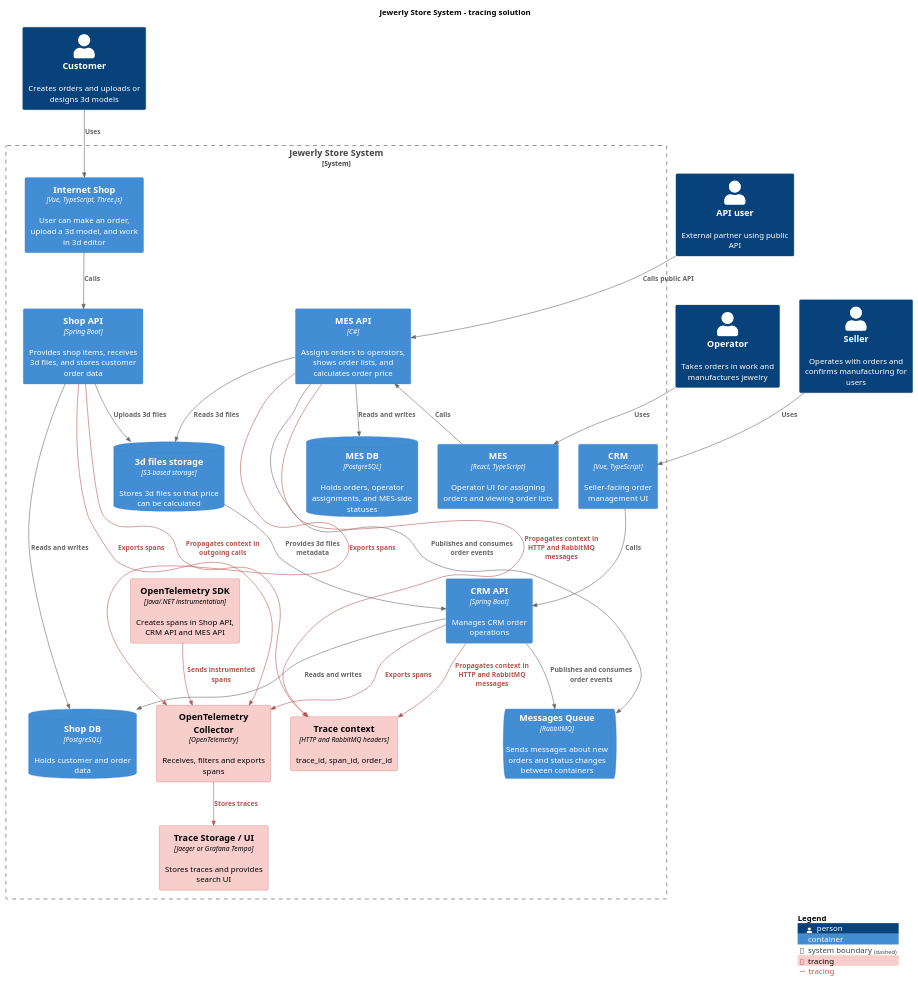
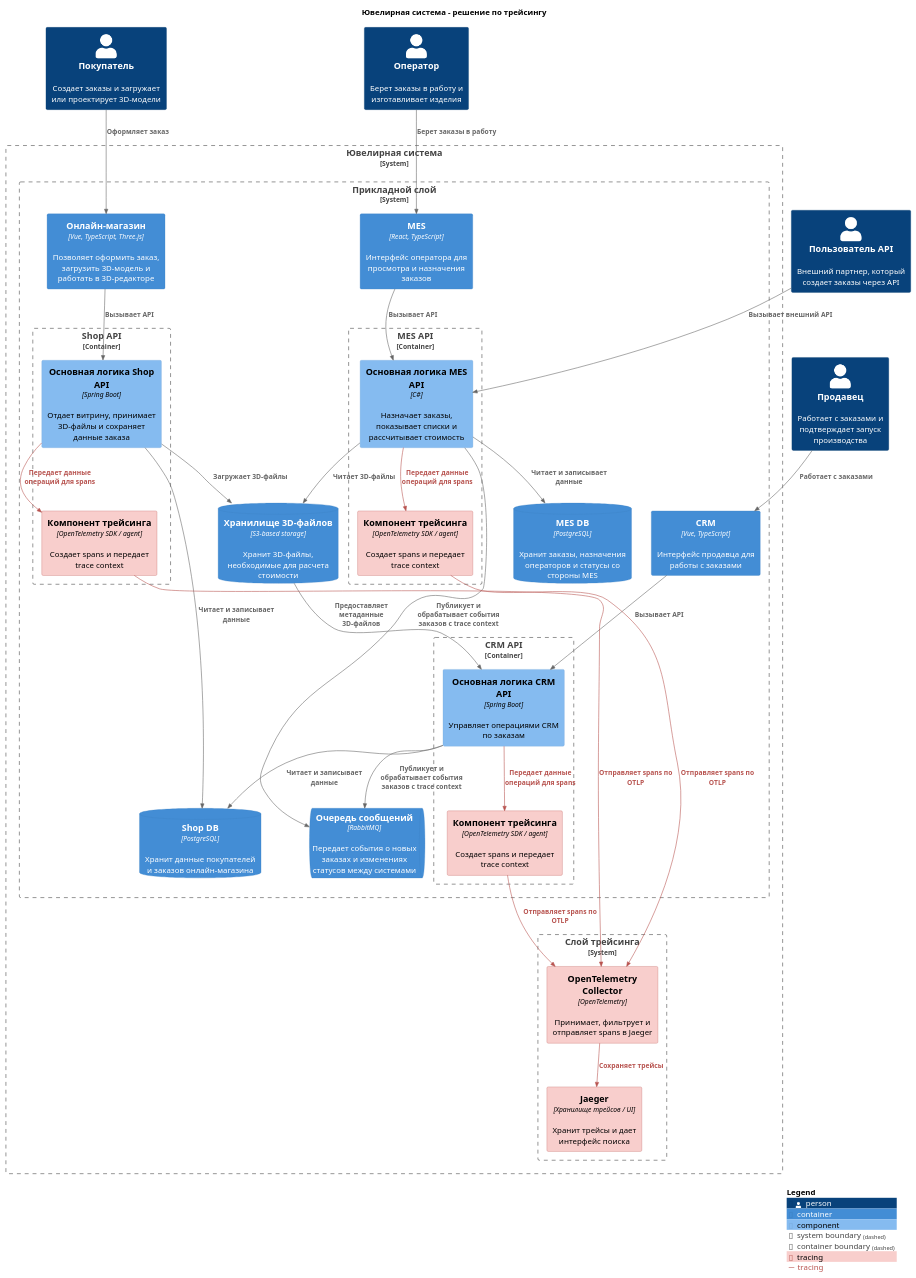
One commit to Meeluck/architecture-alexandrite changed the diagram in Task3/jewerly_c4_model_tracing_solution.puml. Above: the diagram before and after it, drawn with PlantUML. The commit also changed 7 other files, not shown here.

```diff
--- a/Task3/jewerly_c4_model_tracing_solution.puml
+++ b/Task3/jewerly_c4_model_tracing_solution.puml
@@ -1,80 +1,91 @@
 @startuml jewerly_c4_model_tracing_solution
-!include <C4/C4_Container>
+!include <C4/C4_Component>
 
-title Jewerly Store System - tracing solution
+title Ювелирная система - решение по трейсингу
 
 AddElementTag("tracing", $bgColor="#f8cecc", $borderColor="#b85450", $fontColor="#000000")
 AddRelTag("tracing", $lineColor="#b85450", $textColor="#b85450")
 
-Person(customer, "Customer", "Creates orders and uploads or designs 3d models")
-Person(seller, "Seller", "Operates with orders and confirms manufacturing for users")
-Person(operator, "Operator", "Takes orders in work and manufactures jewelry")
-Person(apiUser, "API user", "External partner using public API")
+Person(customer, "Покупатель", "Создает заказы и загружает или проектирует 3D-модели")
+Person(seller, "Продавец", "Работает с заказами и подтверждает запуск производства")
+Person(operator, "Оператор", "Берет заказы в работу и изготавливает изделия")
+Person(apiUser, "Пользователь API", "Внешний партнер, который создает заказы через API")
 
-System_Boundary(jewerlyStore, "Jewerly Store System") {
-  Container(internetShop, "Internet Shop", "Vue, TypeScript, Three.js", "User can make an order, upload a 3d model, and work in 3d editor")
-  Container(shopApi, "Shop API", "Spring Boot", "Provides shop items, receives 3d files, and stores customer order data")
-  ContainerDb(shopDb, "Shop DB", "PostgreSQL", "Holds customer and order data")
+System_Boundary(jewerlyStore, "Ювелирная система") {
+  System_Boundary(applicationLayer, "Прикладной слой") {
+    Container(internetShop, "Онлайн-магазин", "Vue, TypeScript, Three.js", "Позволяет оформить заказ, загрузить 3D-модель и работать в 3D-редакторе")
+    ContainerDb(shopDb, "Shop DB", "PostgreSQL", "Хранит данные покупателей и заказов онлайн-магазина")
 
-  Container(crm, "CRM", "Vue, TypeScript", "Seller-facing order management UI")
-  Container(crmApi, "CRM API", "Spring Boot", "Manages CRM order operations")
+    Container_Boundary(shopApiBoundary, "Shop API") {
+      Component(shopApiApp, "Основная логика Shop API", "Spring Boot", "Отдает витрину, принимает 3D-файлы и сохраняет данные заказа")
+      Component(shopApiTracing, "Компонент трейсинга", "OpenTelemetry SDK / agent", "Создает spans и передает trace context", $tags="tracing")
+    }
 
-  Container(mes, "MES", "React, TypeScript", "Operator UI for assigning orders and viewing order lists")
-  Container(mesApi, "MES API", "C#", "Assigns orders to operators, shows order lists, and calculates order price")
-  ContainerDb(mesDb, "MES DB", "PostgreSQL", "Holds orders, operator assignments, and MES-side statuses")
+    Container(crm, "CRM", "Vue, TypeScript", "Интерфейс продавца для работы с заказами")
+    Container_Boundary(crmApiBoundary, "CRM API") {
+      Component(crmApiApp, "Основная логика CRM API", "Spring Boot", "Управляет операциями CRM по заказам")
+      Component(crmApiTracing, "Компонент трейсинга", "OpenTelemetry SDK / agent", "Создает spans и передает trace context", $tags="tracing")
+    }
 
-  ContainerQueue(messagesQueue, "Messages Queue", "RabbitMQ", "Sends messages about new orders and status changes between containers")
-  ContainerDb(filesStorage, "3d files storage", "S3-based storage", "Stores 3d files so that price can be calculated")
+    Container(mes, "MES", "React, TypeScript", "Интерфейс оператора для просмотра и назначения заказов")
+    Container_Boundary(mesApiBoundary, "MES API") {
+      Component(mesApiApp, "Основная логика MES API", "C#", "Назначает заказы, показывает списки и рассчитывает стоимость")
+      Component(mesApiTracing, "Компонент трейсинга", "OpenTelemetry SDK / agent", "Создает spans и передает trace context", $tags="tracing")
+    }
+    ContainerDb(mesDb, "MES DB", "PostgreSQL", "Хранит заказы, назначения операторов и статусы со стороны MES")
 
-  Container(traceContext, "Trace context", "HTTP and RabbitMQ headers", "trace_id, span_id, order_id", $tags="tracing")
-  Container(traceSdk, "OpenTelemetry SDK", "Java/.NET instrumentation", "Creates spans in Shop API, CRM API and MES API", $tags="tracing")
-  Container(traceCollector, "OpenTelemetry Collector", "OpenTelemetry", "Receives, filters and exports spans", $tags="tracing")
-  Container(traceStorage, "Trace Storage / UI", "Jaeger or Grafana Tempo", "Stores traces and provides search UI", $tags="tracing")
+    ContainerQueue(messagesQueue, "Очередь сообщений", "RabbitMQ", "Передает события о новых заказах и изменениях статусов между системами")
+    ContainerDb(filesStorage, "Хранилище 3D-файлов", "S3-based storage", "Хранит 3D-файлы, необходимые для расчета стоимости")
+  }
+
+  System_Boundary(tracingLayer, "Слой трейсинга") {
+    Container(traceCollector, "OpenTelemetry Collector", "OpenTelemetry", "Принимает, фильтрует и отправляет spans в Jaeger", $tags="tracing")
+    Container(traceStorage, "Jaeger", "Хранилище трейсов / UI", "Хранит трейсы и дает интерфейс поиска", $tags="tracing")
+  }
 }
 
-Rel(customer, internetShop, "Uses")
-Rel(internetShop, shopApi, "Calls")
-Rel(shopApi, shopDb, "Reads and writes")
-Rel(shopApi, filesStorage, "Uploads 3d files")
+Rel(customer, internetShop, "Оформляет заказ")
+Rel(internetShop, shopApiApp, "Вызывает API")
+Rel(shopApiApp, shopDb, "Читает и записывает данные")
+Rel(shopApiApp, filesStorage, "Загружает 3D-файлы")
+Rel(shopApiApp, shopApiTracing, "Передает данные операций для spans", $tags="tracing")
 
-Rel(seller, crm, "Uses")
-Rel(crm, crmApi, "Calls")
-Rel(crmApi, shopDb, "Reads and writes")
-Rel(crmApi, messagesQueue, "Publishes and consumes order events")
-Rel(filesStorage, crmApi, "Provides 3d files metadata")
+Rel(seller, crm, "Работает с заказами")
+Rel(crm, crmApiApp, "Вызывает API")
+Rel(crmApiApp, shopDb, "Читает и записывает данные")
+Rel(crmApiApp, messagesQueue, "Публикует и обрабатывает события заказов с trace context")
+Rel(filesStorage, crmApiApp, "Предоставляет метаданные 3D-файлов")
+Rel(crmApiApp, crmApiTracing, "Передает данные операций для spans", $tags="tracing")
 
-Rel(operator, mes, "Uses")
-Rel(mes, mesApi, "Calls")
-Rel(mesApi, mesDb, "Reads and writes")
-Rel(mesApi, filesStorage, "Reads 3d files")
-Rel(mesApi, messagesQueue, "Publishes and consumes order events")
+Rel(operator, mes, "Берет заказы в работу")
+Rel(mes, mesApiApp, "Вызывает API")
+Rel(mesApiApp, mesDb, "Читает и записывает данные")
+Rel(mesApiApp, filesStorage, "Читает 3D-файлы")
+Rel(mesApiApp, messagesQueue, "Публикует и обрабатывает события заказов с trace context")
+Rel(mesApiApp, mesApiTracing, "Передает данные операций для spans", $tags="tracing")
 
-Rel(apiUser, mesApi, "Calls public API")
+Rel(apiUser, mesApiApp, "Вызывает внешний API")
 
-Rel(shopApi, traceContext, "Propagates context in outgoing calls", $tags="tracing")
-Rel(crmApi, traceContext, "Propagates context in HTTP and RabbitMQ messages", $tags="tracing")
-Rel(mesApi, traceContext, "Propagates context in HTTP and RabbitMQ messages", $tags="tracing")
-Rel(shopApi, traceCollector, "Exports spans", $tags="tracing")
-Rel(crmApi, traceCollector, "Exports spans", $tags="tracing")
-Rel(mesApi, traceCollector, "Exports spans", $tags="tracing")
-Rel(traceSdk, traceCollector, "Sends instrumented spans", $tags="tracing")
-Rel(traceCollector, traceStorage, "Stores traces", $tags="tracing")
+Rel(shopApiTracing, traceCollector, "Отправляет spans по OTLP", $tags="tracing")
+Rel(crmApiTracing, traceCollector, "Отправляет spans по OTLP", $tags="tracing")
+Rel(mesApiTracing, traceCollector, "Отправляет spans по OTLP", $tags="tracing")
+Rel(traceCollector, traceStorage, "Сохраняет трейсы", $tags="tracing")
 
 Lay_R(customer, internetShop)
-Lay_R(internetShop, shopApi)
-Lay_R(shopApi, shopDb)
-Lay_D(shopApi, filesStorage)
+Lay_R(internetShop, shopApiApp)
+Lay_R(shopApiApp, shopDb)
+Lay_D(shopApiApp, filesStorage)
 
 Lay_R(seller, crm)
-Lay_R(crm, crmApi)
-Lay_R(crmApi, messagesQueue)
+Lay_R(crm, crmApiApp)
+Lay_R(crmApiApp, messagesQueue)
 
 Lay_R(operator, mes)
-Lay_U(mes, mesApi)
-Lay_R(mesApi, mesDb)
-Lay_R(apiUser, mesApi)
+Lay_U(mes, mesApiApp)
+Lay_R(mesApiApp, mesDb)
+Lay_R(apiUser, mesApiApp)
 
 Lay_R(traceCollector, traceStorage)
 
 SHOW_LEGEND()
 @enduml
```
